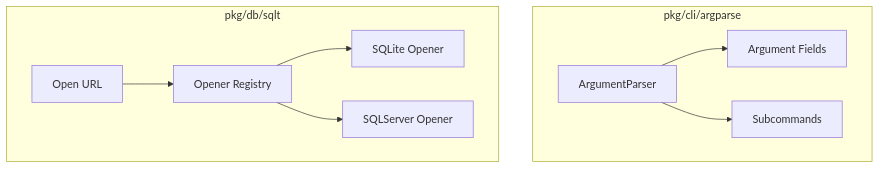
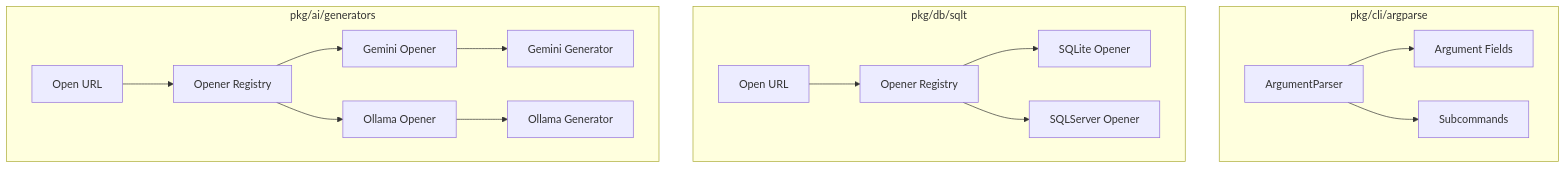
The diagram in openspec/system/architecture.md (tnotstar/go-minolas), drawn with Mermaid before and after one commit. The commit also changed other lines of this file and 7 other files, not shown here.

First line of the commit message:
docs(specs): backfill pkg/ai/generators capability in openspec

````diff
--- a/openspec/system/architecture.md
+++ b/openspec/system/architecture.md
@@ -7,12 +7,19 @@
 ```mermaid
 graph TD
     subgraph pkg/cli/argparse
         A[ArgumentParser] --> B[Argument Fields]
         A --> C[Subcommands]
     end
     subgraph pkg/db/sqlt
         D[Open URL] --> E[Opener Registry]
         E --> F[SQLite Opener]
         E --> G[SQLServer Opener]
     end
+    subgraph pkg/ai/generators
+        H[Open URL] --> I[Opener Registry]
+        I --> J[Gemini Opener]
+        I --> K[Ollama Opener]
+        J --> L[Gemini Generator]
+        K --> M[Ollama Generator]
+    end
 ```
````
